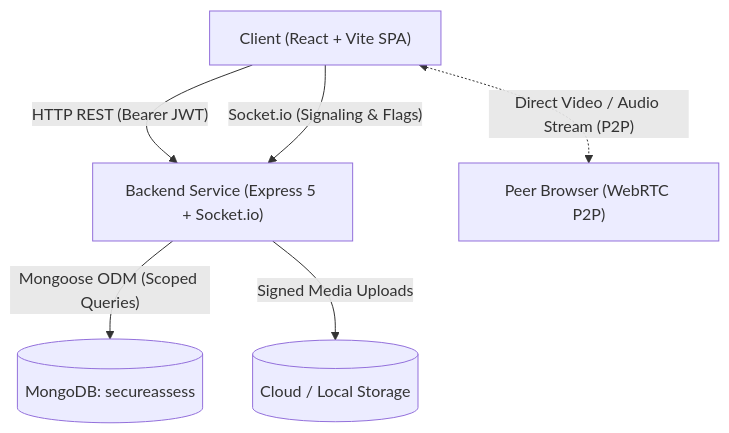
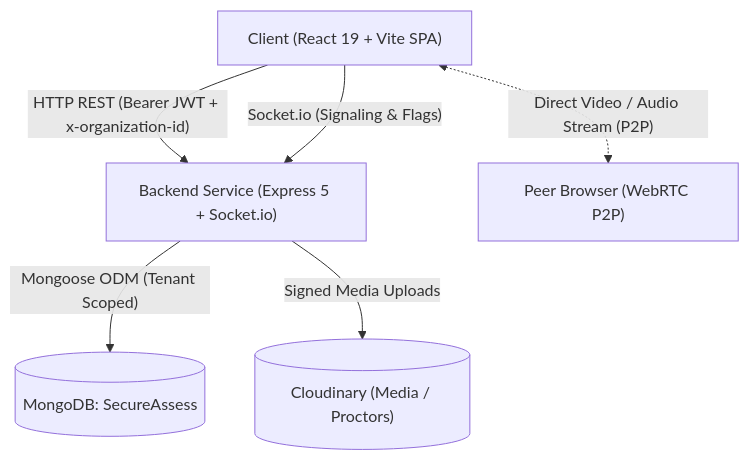
One commit to shaheerali838/SecureAssess changed the first of 4 diagrams in docs/ARCHITECTURE.md. Above: the diagram before and after it, drawn with Mermaid. The commit also changed other lines of this file and 7 other files, not shown here.

````diff
--- a/docs/ARCHITECTURE.md
+++ b/docs/ARCHITECTURE.md
@@ -11,14 +11,14 @@
 ```mermaid
 graph TD
-    Client["Client (React + Vite SPA)"]
+    Client["Client (React 19 + Vite SPA)"]
     Server["Backend Service (Express 5 + Socket.io)"]
-    DB[(MongoDB: secureassess)]
-    ST[("Cloud / Local Storage")]
+    DB[(MongoDB: SecureAssess)]
+    ST[("Cloudinary (Media / Proctors)")]
     Peer["Peer Browser (WebRTC P2P)"]
 
-    Client -- "HTTP REST (Bearer JWT)" --> Server
+    Client -- "HTTP REST (Bearer JWT + x-organization-id)" --> Server
     Client -- "Socket.io (Signaling & Flags)" --> Server
     Client <-. "Direct Video / Audio Stream (P2P)" .-> Peer
-    Server -- "Mongoose ODM (Scoped Queries)" --> DB
+    Server -- "Mongoose ODM (Tenant Scoped)" --> DB
     Server -- "Signed Media Uploads" --> ST
 ```
````
